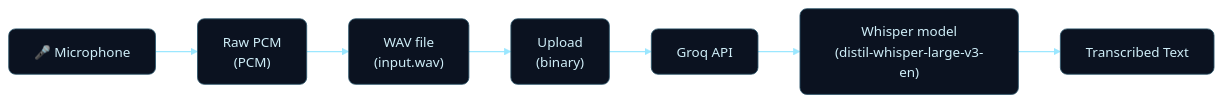
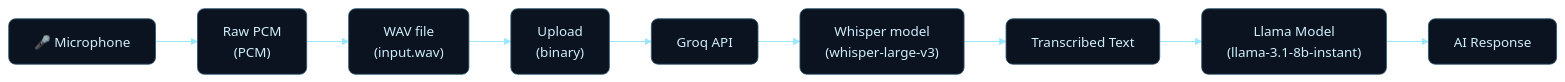
Before and after one commit to Diluksha-Upeka/Voxis: the diagram in README.md, drawn with Mermaid. The commit also changed other lines of this file, not shown here.

Commit message:
fix: update Whisper model reference and include Llama model in flowchart

````diff
--- a/README.md
+++ b/README.md
@@ -3,15 +3,17 @@
 ```mermaid
 flowchart LR
   %% — nodes
   A["🎤 Microphone"] --> B["Raw PCM\n(PCM)"]
   B --> C["WAV file\n(input.wav)"]
   C --> D["Upload\n(binary)"]
   D --> E["Groq API"]
-  E --> F["Whisper model\n(distil-whisper-large-v3-en)"]
+  E --> F["Whisper model\n(whisper-large-v3)"]
   F --> G["Transcribed Text"]
+  G --> H["Llama Model\n(llama-3.1-8b-instant)"]
+  H --> I["AI Response"]
 
   %% — styling
   classDef box fill:#0b1220,stroke:#2b556b,stroke-width:1px,color:#cfeef8,rx:8,ry:8;
-  class A,B,C,D,E,F,G box;
+  class A,B,C,D,E,F,G,H,I box;
   linkStyle default stroke:#9be7ff,stroke-width:1.4px;
 ```
````
